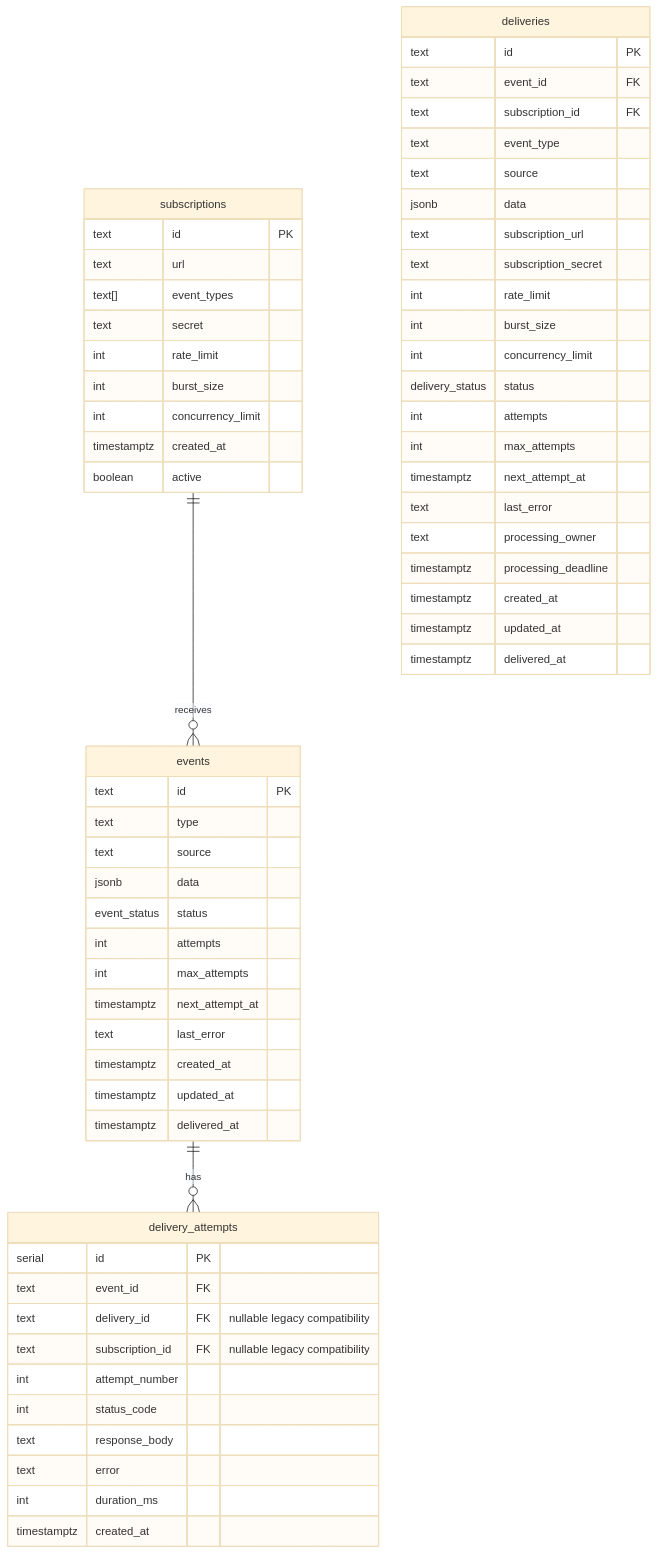
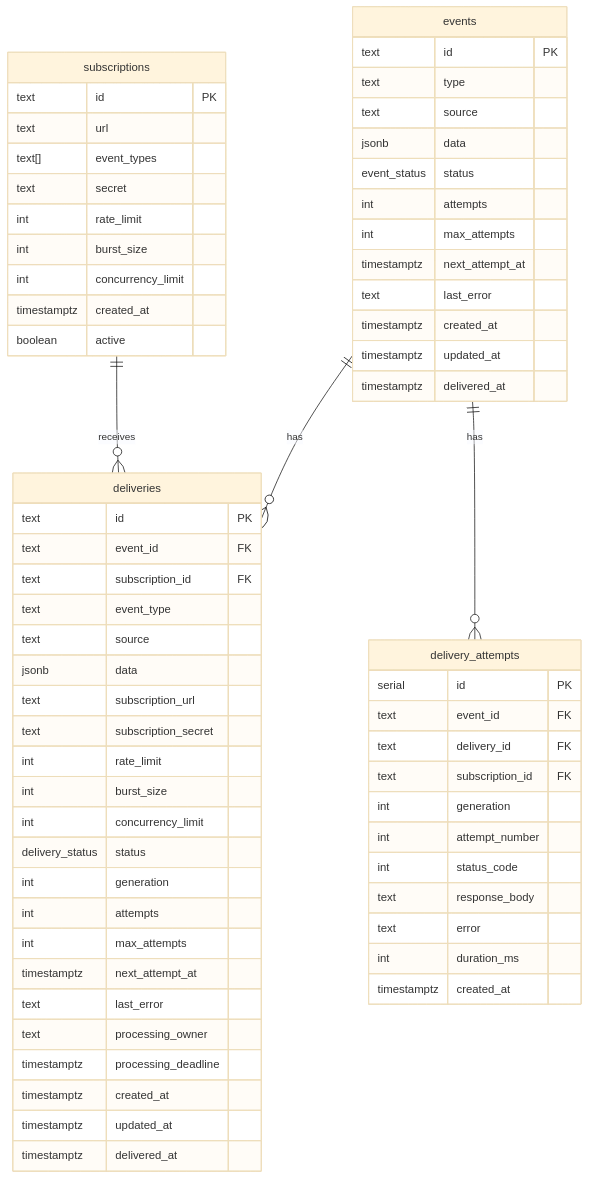
The third of 13 diagrams in docs/architecture.md (felipepmaragno/webhook-service), drawn with Mermaid (base theme) before and after one commit. The commit also changed other lines of this file and 26 other files, not shown here.

````diff
--- a/docs/architecture.md
+++ b/docs/architecture.md
@@ -111,69 +116,72 @@
 ```mermaid
 erDiagram
+    events ||--o{ deliveries : has
     events ||--o{ delivery_attempts : has
-    subscriptions ||--o{ events : receives
+    subscriptions ||--o{ deliveries : receives
 
     events {
         text id PK
         text type
         text source
         jsonb data
         event_status status
         int attempts
         int max_attempts
         timestamptz next_attempt_at
         text last_error
         timestamptz created_at
         timestamptz updated_at
         timestamptz delivered_at
     }
 
     delivery_attempts {
         serial id PK
         text event_id FK
-        text delivery_id FK "nullable legacy compatibility"
-        text subscription_id FK "nullable legacy compatibility"
+        text delivery_id FK
+        text subscription_id FK
+        int generation
         int attempt_number
         int status_code
         text response_body
         text error
         int duration_ms
         timestamptz created_at
     }
 
     subscriptions {
         text id PK
         text url
         text[] event_types
         text secret
         int rate_limit
         int burst_size
         int concurrency_limit
         timestamptz created_at
         boolean active
     }
 
     deliveries {
         text id PK
         text event_id FK
         text subscription_id FK
         text event_type
         text source
         jsonb data
         text subscription_url
         text subscription_secret
         int rate_limit
         int burst_size
         int concurrency_limit
         delivery_status status
+        int generation
         int attempts
         int max_attempts
         timestamptz next_attempt_at
         text last_error
         text processing_owner
         timestamptz processing_deadline
         timestamptz created_at
         timestamptz updated_at
         timestamptz delivered_at
     }
 ```
````
